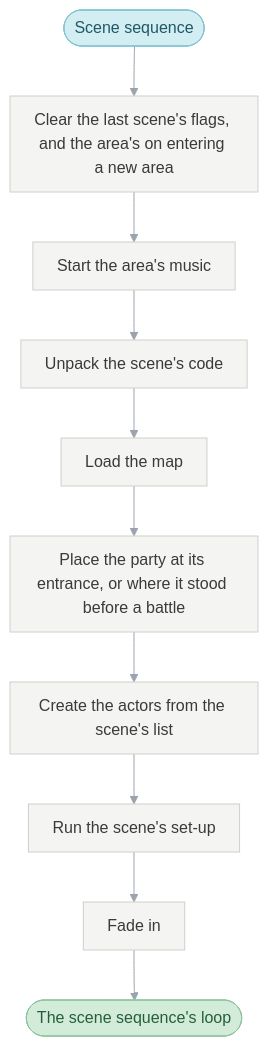
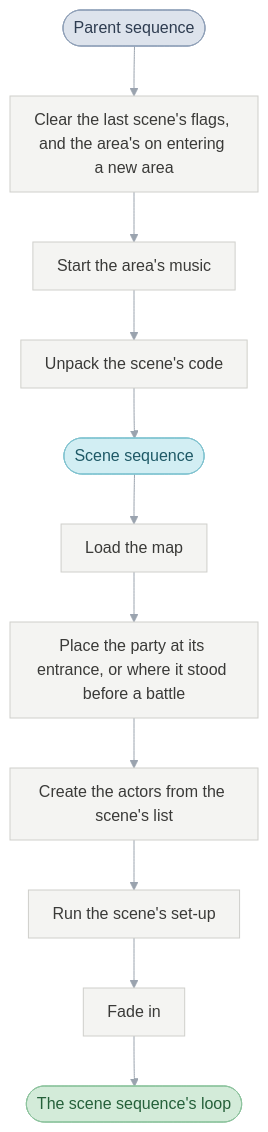
One commit to PascalPixel/alchemy changed the fifth of 9 diagrams in games/tbs/README.md. Above: the diagram before and after it, drawn with Mermaid. The commit also changed other lines of this file and 19 other files, not shown here.

````diff
--- a/games/tbs/README.md
+++ b/games/tbs/README.md
@@ -265,18 +265,19 @@
 ```mermaid
 %%{init: {"theme": "base", "themeVariables": {"lineColor": "#9AA3AE", "edgeLabelBackground": "#FFFFFF"}, "flowchart": {"curve": "basis", "padding": 12}}}%%
 flowchart TD
-  pick(["Scene sequence"]) --> arrive["Clear the last scene's flags, and the area's on entering a new area"]
+  parent(["Parent sequence"]) --> arrive["Clear the last scene's flags, and the area's on entering a new area"]
   arrive --> music["Start the area's music"] --> code["Unpack the scene's code"]
-  code --> map["Load the map"] --> place["Place the party at its entrance, or where it stood before a battle"]
+  code --> pick(["Scene sequence"]) --> map["Load the map"] --> place["Place the party at its entrance, or where it stood before a battle"]
   place --> actors["Create the actors from the scene's list"] --> own["Run the scene's set-up"]
   own --> fade["Fade in"] --> run(["The scene sequence's loop"])
   classDef parentSequence fill:#DDE3EC,stroke:#8FA0B8,color:#2E3C50
   classDef sceneSequence fill:#D2EEF3,stroke:#7FC3D0,color:#1E5966
   classDef battle fill:#F6D5D2,stroke:#D9928B,color:#8A2A22
   classDef sceneLoop fill:#D3EBD9,stroke:#8DC49E,color:#25603A
   classDef request fill:#FBE7C6,stroke:#E0B46A,color:#7A5212
   classDef step fill:#F4F4F2,stroke:#CFCFCB,color:#3A3A38
+  class parent parentSequence
   class pick sceneSequence
   class run sceneLoop
   class arrive,music,code,map,place,actors,own,fade step
 ```
````
